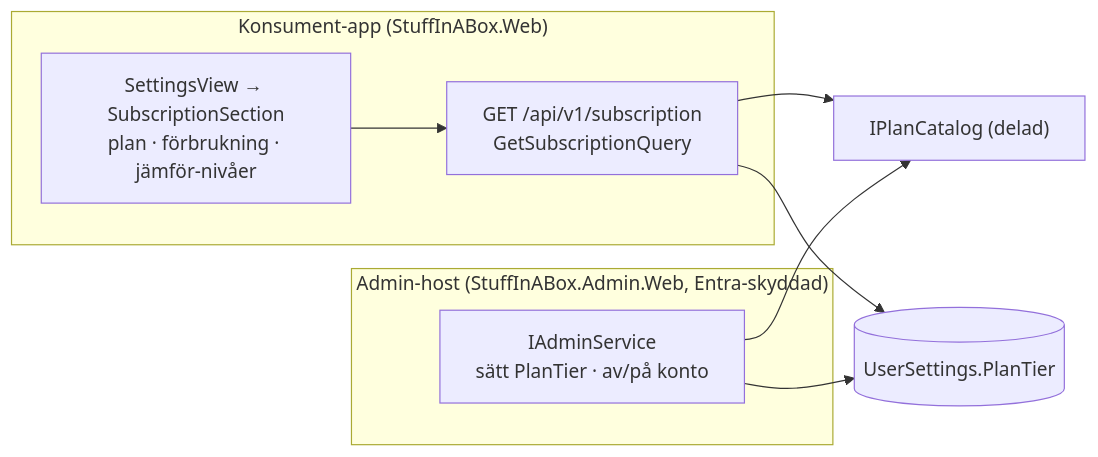
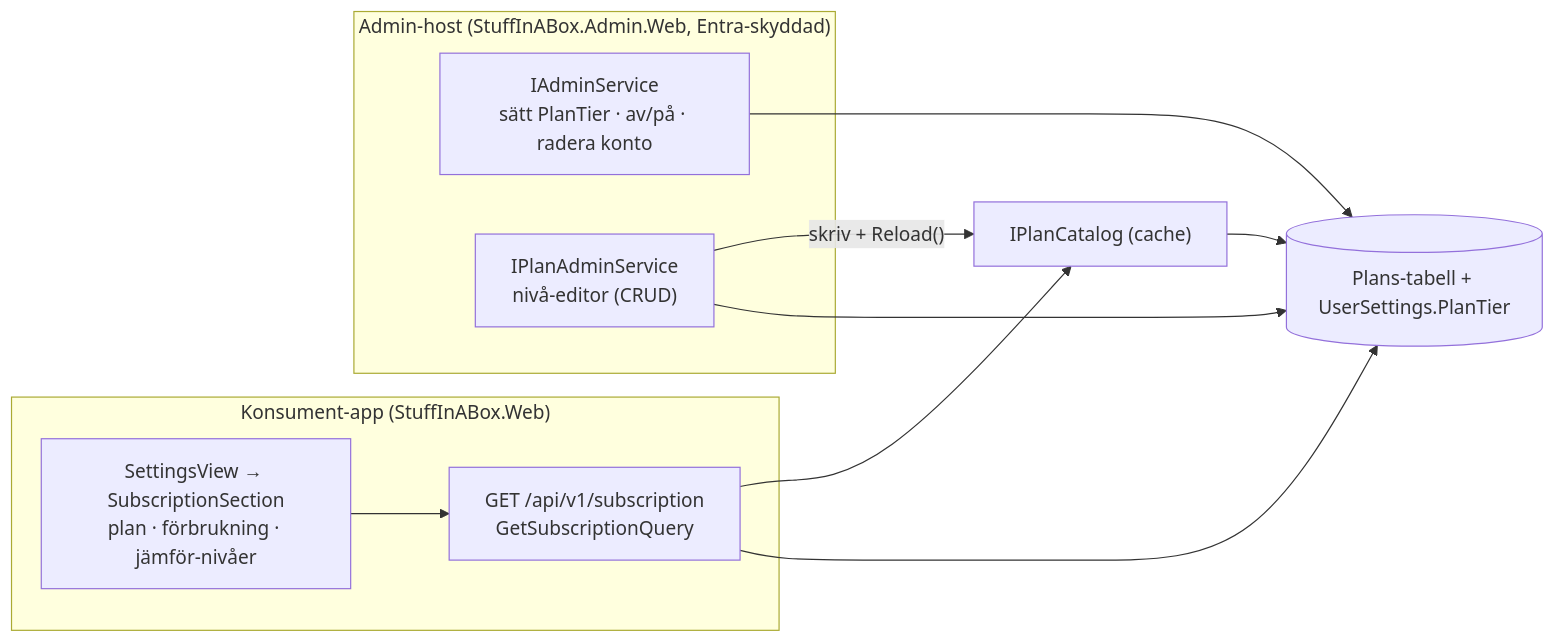
Before and after one commit to antfolkarn/Stuff_In_A_Box: the ninth of 9 diagrams in docs/ARCHITECTURE.md, drawn with Mermaid. The commit also changed other lines of this file and 29 other files, not shown here.

````diff
--- a/docs/ARCHITECTURE.md
+++ b/docs/ARCHITECTURE.md
@@ -427,17 +433,20 @@
 ```mermaid
 flowchart LR
     subgraph Consumer["Konsument-app (StuffInABox.Web)"]
         SUB["GET /api/v1/subscription<br/>GetSubscriptionQuery"]
         UI["SettingsView → SubscriptionSection<br/>plan · förbrukning · jämför-nivåer"]
     end
     subgraph Admin["Admin-host (StuffInABox.Admin.Web, Entra-skyddad)"]
-        AS["IAdminService<br/>sätt PlanTier · av/på konto"]
+        AS["IAdminService<br/>sätt PlanTier · av/på · radera konto"]
+        PA["IPlanAdminService<br/>nivå-editor (CRUD)"]
     end
-    PC["IPlanCatalog (delad)"]
-    US[("UserSettings.PlanTier")]
+    PC["IPlanCatalog (cache)"]
+    DB[("Plans-tabell + UserSettings.PlanTier")]
     SUB --> PC
-    SUB --> US
+    SUB --> DB
     UI --> SUB
-    AS --> PC
-    AS --> US
+    AS --> DB
+    PA -->|"skriv + Reload()"| PC
+    PA --> DB
+    PC --> DB
 ```
````
